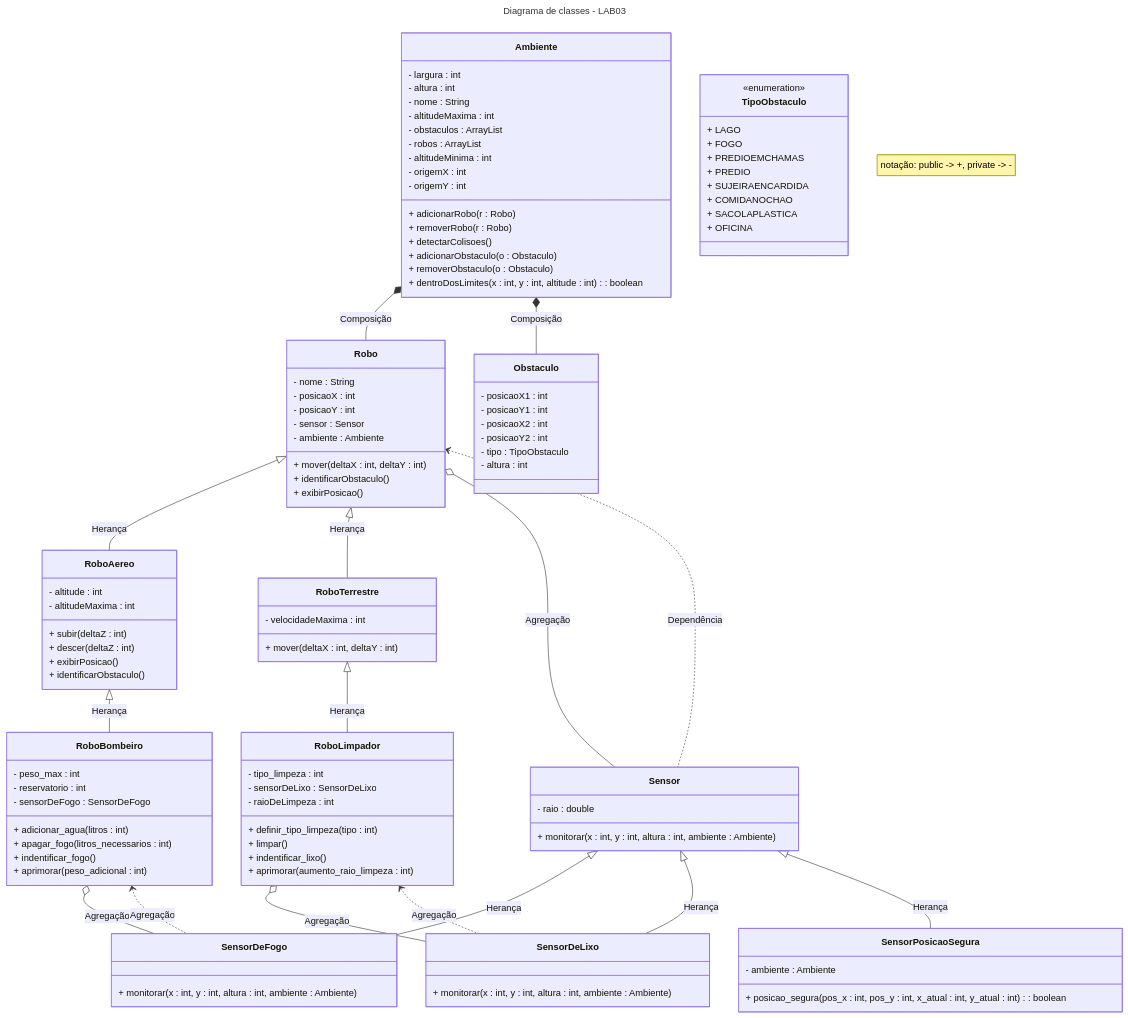
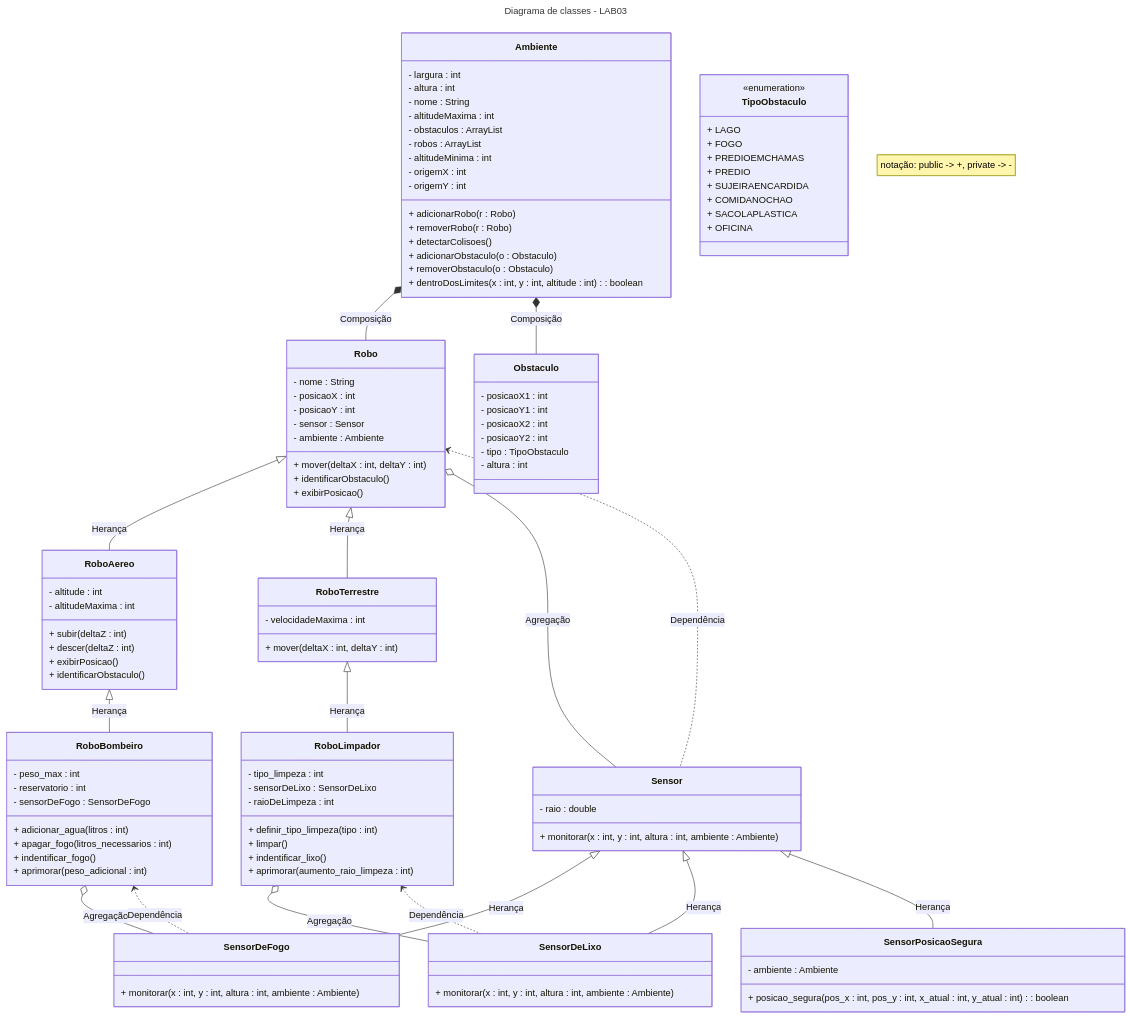
The diagram in README.md (KauanAprigio/MC322), drawn with Mermaid before and after one commit.

Commit message:
Update class diagram in README.md: change aggregation to dependency for RoboLimpador and RoboBombeiro relationships with their sensors.

````diff
--- a/README.md
+++ b/README.md
@@ -142,6 +142,6 @@
     Sensor <|-- SensorPosicaoSegura : Herança
     RoboLimpador o-- SensorDeLixo : Agregação
     RoboBombeiro o-- SensorDeFogo : Agregação
-    RoboLimpador <.. SensorDeLixo : Agregação
-    RoboBombeiro <.. SensorDeFogo : Agregação
+    RoboLimpador <.. SensorDeLixo : Dependência
+    RoboBombeiro <.. SensorDeFogo : Dependência
 ```
````
